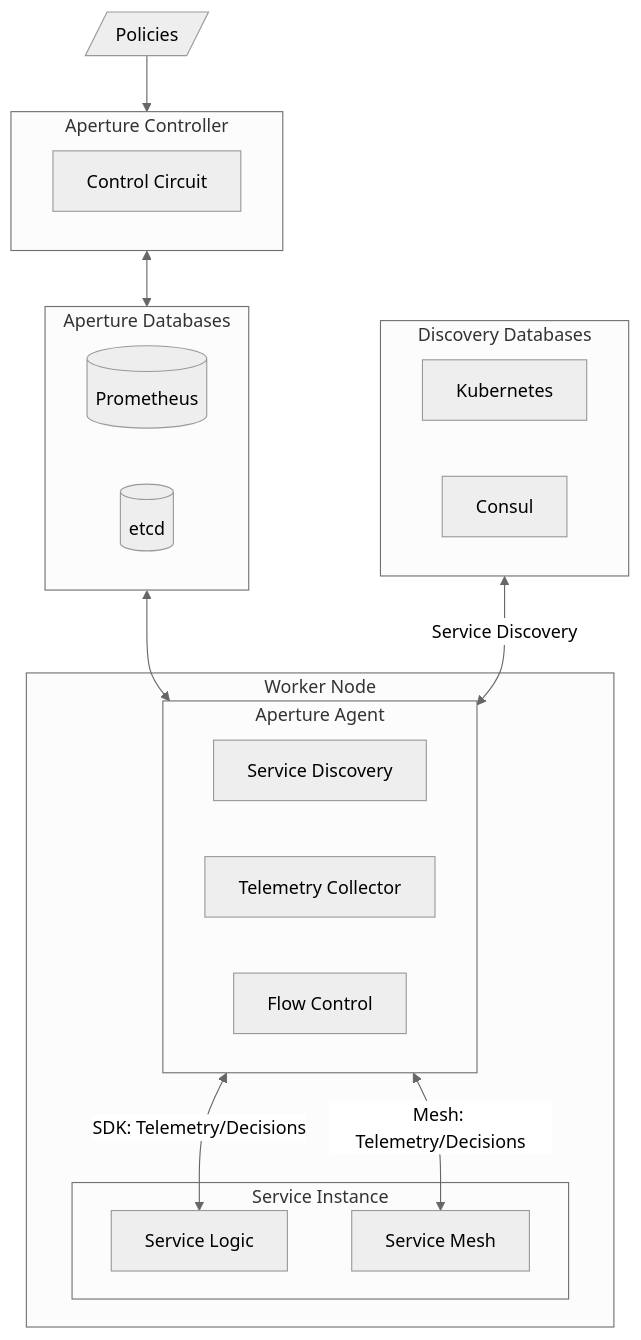
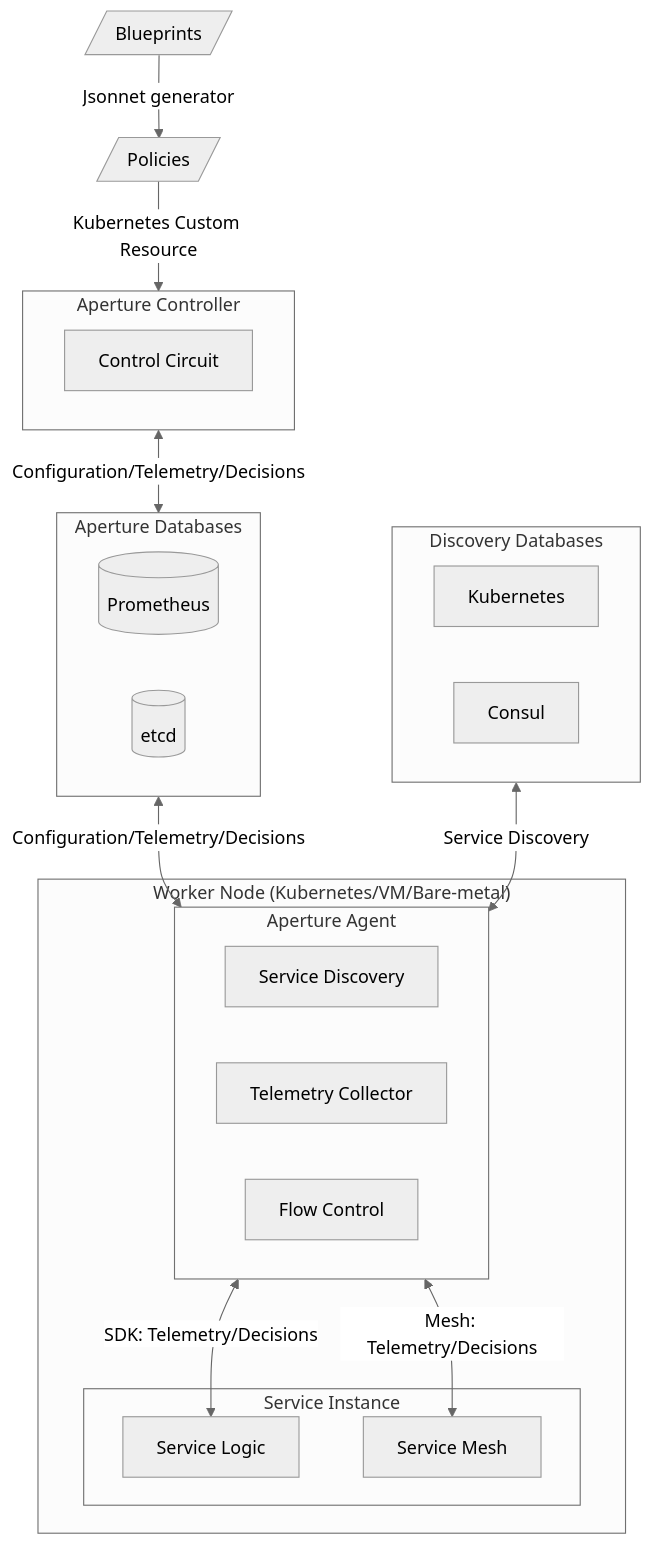
The diagram in docs/content/introduction.md (dataongunlaws/aperture), drawn with Mermaid (neutral theme) before and after one commit. The commit also changed 3 other files, not shown here.

````diff
--- a/docs/content/introduction.md
+++ b/docs/content/introduction.md
@@ -23,33 +23,35 @@
 ```mermaid
 %% name: architecture_simple
 flowchart TD
+    blueprints[/"Blueprints"/]
     policies[/"Policies"/]
     subgraph controller["Aperture Controller"]
         circuit[Control Circuit]
     end
     subgraph databases["Aperture Databases"]
       prometheus[("Prometheus")]
       etcd[("etcd")]
     end
-    subgraph worker["Worker Node"]
+    subgraph worker["Worker Node (Kubernetes/VM/Bare-metal)"]
       subgraph agent["Aperture Agent"]
           servicediscovery["Service Discovery"]
           telemetry["Telemetry Collector"]
           flowcontrol["Flow Control"]
       end
       subgraph serviceinstance["Service Instance"]
         servicelogic["Service Logic"]
         servicemesh["Service Mesh"]
       end
     end
     subgraph platforms["Discovery Databases"]
       kubernetes["Kubernetes"]
       consul["Consul"]
     end
-    policies --> controller
-    controller<-->databases
-    databases<-->agent
+    blueprints --> |Jsonnet generator| policies
+    policies --> |Kubernetes Custom Resource| controller
+    controller<--> |Configuration/Telemetry/Decisions| databases
+    databases<-->|Configuration/Telemetry/Decisions|agent
     agent <-->|SDK: Telemetry/Decisions| servicelogic
     agent <-->|Mesh: Telemetry/Decisions| servicemesh
     platforms <-->|Service Discovery| agent
 ```
````
